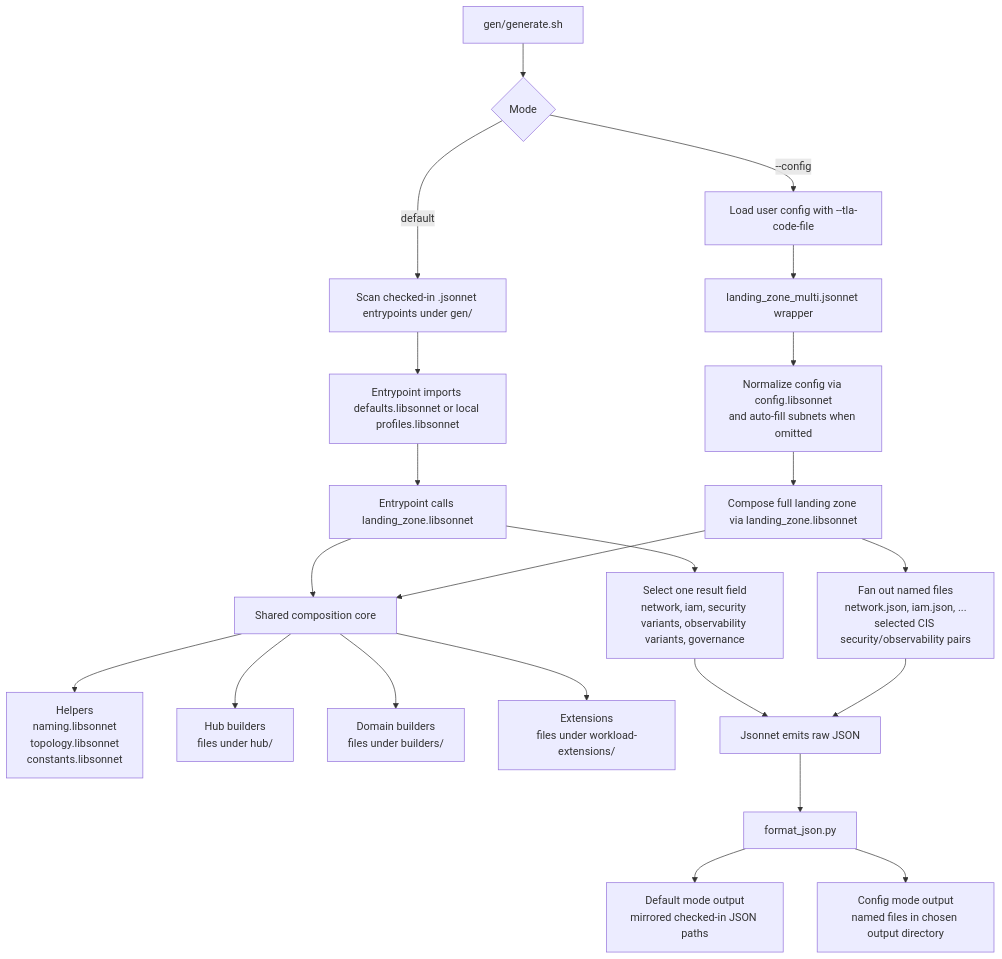
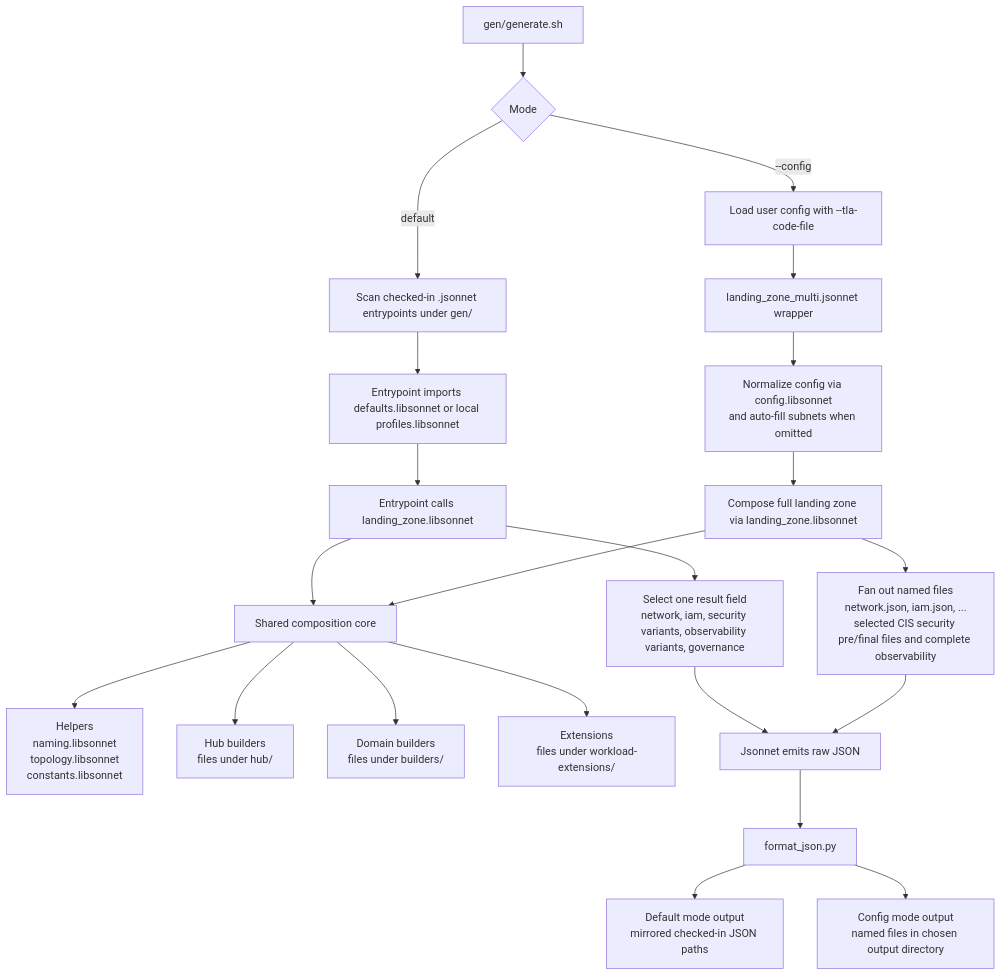
Before and after one commit to oci-landing-zones/oci-landing-zone-operating-entities: the diagram in gen/AGENTS.md, drawn with Mermaid. The commit also changed other lines of this file and 75 other files, not shown here.

Commit message:
fix(observability): generate explicit flow logs for initial deployment

````diff
--- a/gen/AGENTS.md
+++ b/gen/AGENTS.md
@@ -82,29 +82,29 @@
 ```mermaid
 flowchart TD
     A["gen/generate.sh"] --> B{Mode}
     B -->|default| C["Scan checked-in .jsonnet entrypoints under gen/"]
     B -->|--config| D["Load user config with --tla-code-file"]
 
     C --> E["Entrypoint imports defaults.libsonnet or local profiles.libsonnet"]
     E --> F["Entrypoint calls landing_zone.libsonnet"]
     F --> G["Select one result field<br/>network, iam, security variants, observability variants, governance"]
 
     D --> H["landing_zone_multi.jsonnet wrapper"]
     H --> I["Normalize config via config.libsonnet<br/>and auto-fill subnets when omitted"]
     I --> J["Compose full landing zone via landing_zone.libsonnet"]
-    J --> K["Fan out named files<br/>network.json, iam.json, ...<br/>selected CIS security/observability pairs"]
+    J --> K["Fan out named files<br/>network.json, iam.json, ...<br/>selected CIS security pre/final files and complete observability"]
 
     F --> L["Shared composition core"]
     J --> L
 
     L --> M["Helpers<br/>naming.libsonnet<br/>topology.libsonnet<br/>constants.libsonnet"]
     L --> N["Hub builders<br/>files under hub/"]
     L --> O["Domain builders<br/>files under builders/"]
     L --> P["Extensions<br/>files under workload-extensions/"]
 
     G --> Q["Jsonnet emits raw JSON"]
     K --> Q
     Q --> R["format_json.py"]
     R --> S["Default mode output<br/>mirrored checked-in JSON paths"]
     R --> T["Config mode output<br/>named files in chosen output directory"]
 ```
````
